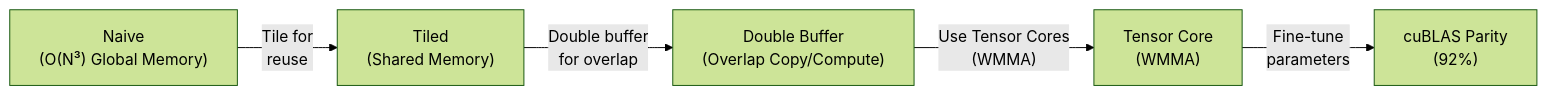
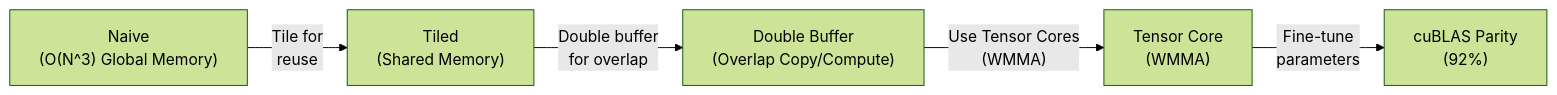
The second of 5 diagrams in docs/en/whitepaper/architecture.md (LessUp/modern-ai-kernels), drawn with Mermaid (forest theme) before and after one commit. The commit also changed other lines of this file and 31 other files, not shown here.

````diff
--- a/docs/en/whitepaper/architecture.md
+++ b/docs/en/whitepaper/architecture.md
@@ -102,14 +101,13 @@
 ```mermaid
 flowchart LR
-    A["Naive<br/>(O(N³) Global Memory)"]
+    A["Naive<br/>(O(N^3) Global Memory)"]
     B["Tiled<br/>(Shared Memory)"]
     C["Double Buffer<br/>(Overlap Copy/Compute)"]
     D["Tensor Core<br/>(WMMA)"]
     E["cuBLAS Parity<br/>(92%)"]
 
     A -->|"Tile for<br/>reuse"| B
     B -->|"Double buffer<br/>for overlap"| C
     C -->|"Use Tensor Cores<br/>(WMMA)"| D
     D -->|"Fine-tune<br/>parameters"| E
-
 ```
````
